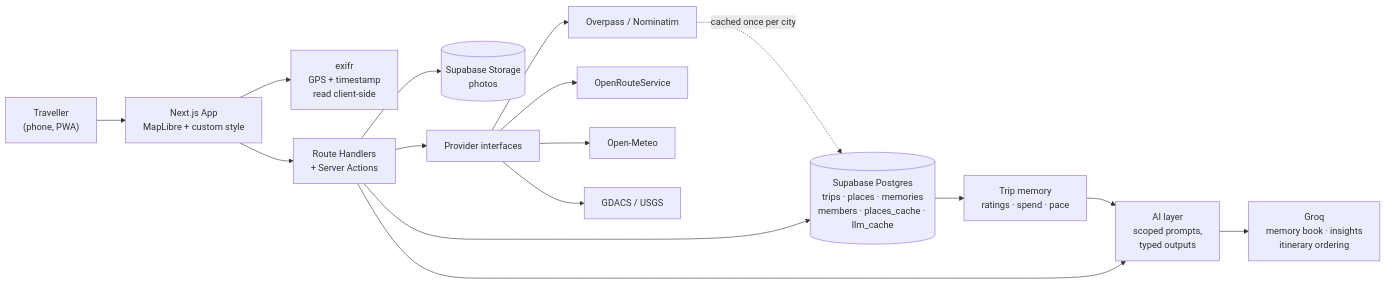
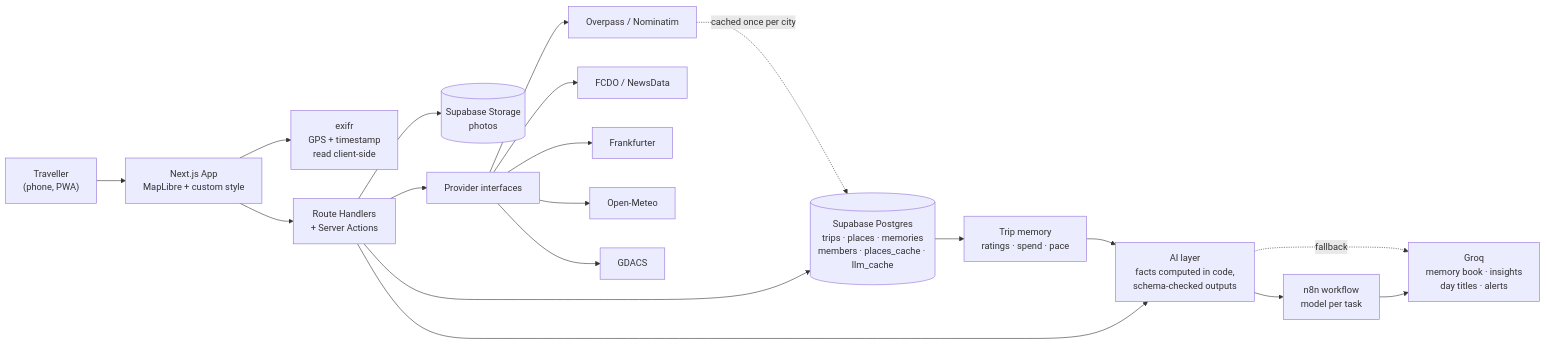
Before and after one commit to eexin/GroupName-CodeNection-Tabiato-: the diagram in README.md, drawn with Mermaid. The commit also changed other lines of this file, not shown here.

````diff
--- a/README.md
+++ b/README.md
@@ -721,18 +729,21 @@
 ```mermaid
 flowchart LR
     U["Traveller<br/>(phone, PWA)"] --> APP["Next.js App<br/>MapLibre + custom style"]
     APP --> EXIF["exifr<br/>GPS + timestamp<br/>read client-side"]
     APP --> API["Route Handlers<br/>+ Server Actions"]
     API --> DB[("Supabase Postgres<br/>trips · places · memories<br/>members · places_cache · llm_cache")]
     API --> ST[("Supabase Storage<br/>photos")]
-    API --> AI["AI layer<br/>scoped prompts,<br/>typed outputs"]
-    AI --> GROQ["Groq<br/>memory book · insights<br/>itinerary ordering"]
+    API --> AI["AI layer<br/>facts computed in code,<br/>schema-checked outputs"]
+    AI --> N8N["n8n workflow<br/>model per task"]
+    N8N --> GROQ["Groq<br/>memory book · insights<br/>day titles · alerts"]
+    AI -.->|fallback| GROQ
     API --> PROV["Provider interfaces"]
     PROV --> OSM["Overpass / Nominatim"]
-    PROV --> ORS["OpenRouteService"]
+    PROV --> INTEL["FCDO / NewsData"]
+    PROV --> FX["Frankfurter"]
     PROV --> WX["Open-Meteo"]
-    PROV --> HAZ["GDACS / USGS"]
+    PROV --> HAZ["GDACS"]
     OSM -.->|cached once per city| DB
     DB --> MEM["Trip memory<br/>ratings · spend · pace"]
     MEM --> AI
 ```
````
